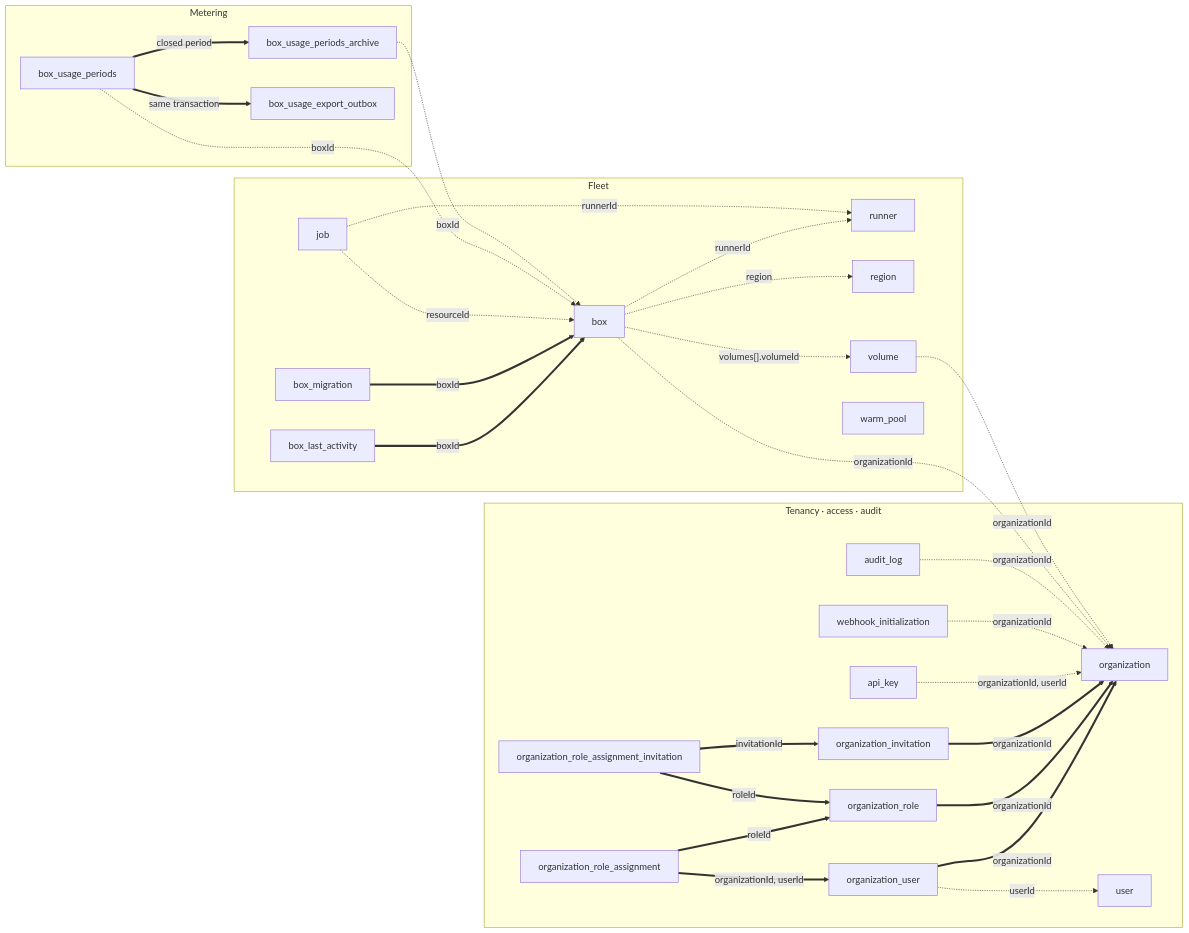
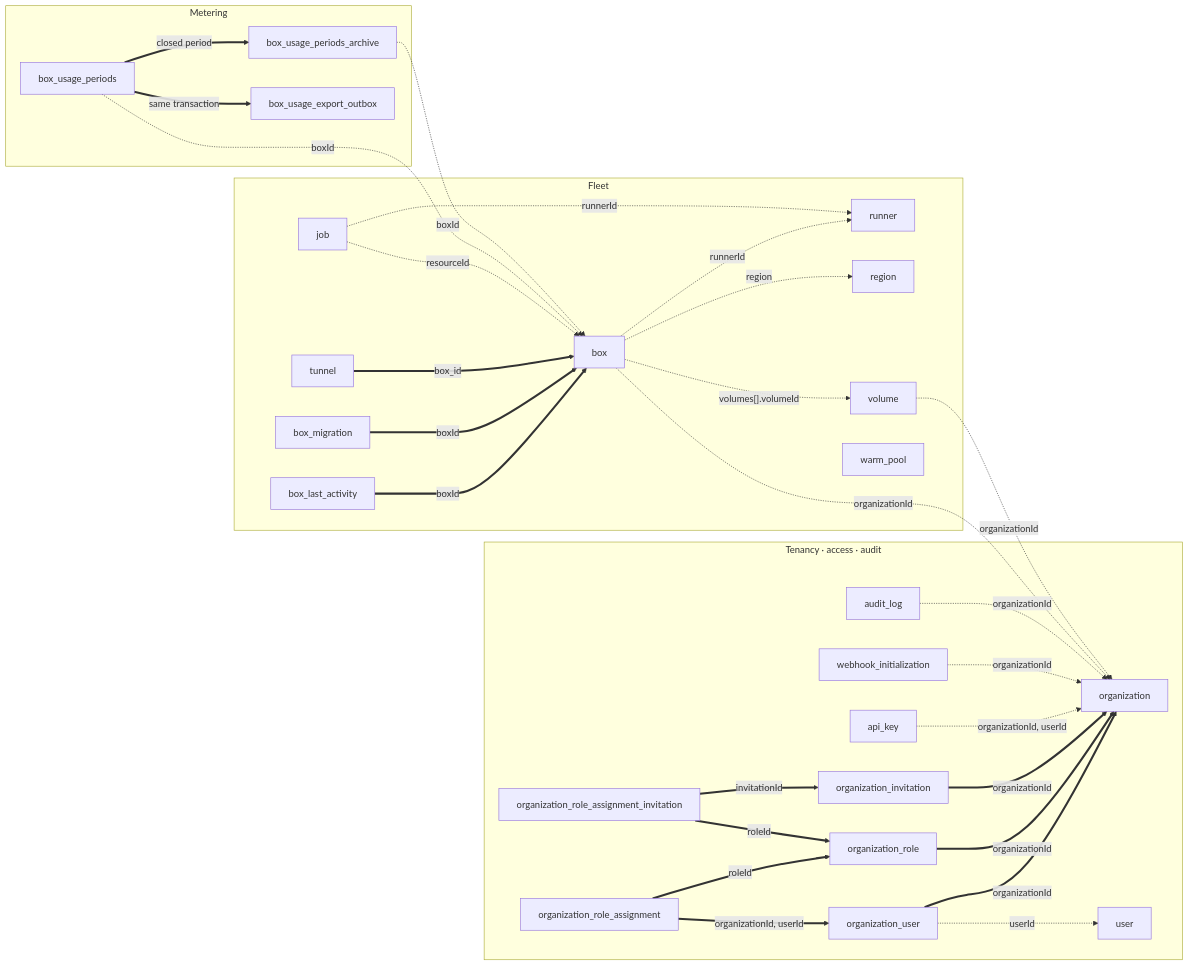
The diagram in apps/SCHEMA.md (boxlite-ai/boxlite), drawn with Mermaid before and after one commit. The commit also changed other lines of this file and 10 other files, not shown here.

First line of the commit message:
feat(api): persist public tunnel access by box port

````diff
--- a/apps/SCHEMA.md
+++ b/apps/SCHEMA.md
@@ -34,58 +34,60 @@
 ```mermaid
 flowchart LR
     subgraph tenancy["Tenancy · access · audit"]
         t_org["organization"]
         t_orguser["organization_user"]
         t_role["organization_role"]
         t_invite["organization_invitation"]
         t_assign["organization_role_assignment"]
         t_assigninv["organization_role_assignment_invitation"]
         t_user["user"]
         t_apikey["api_key"]
         t_webhook["webhook_initialization"]
         t_audit["audit_log"]
     end
 
     subgraph fleet["Fleet"]
         t_box["box"]
         t_activity["box_last_activity"]
         t_migration["box_migration"]
+        t_tunnel["tunnel"]
         t_runner["runner"]
         t_region["region"]
         t_volume["volume"]
         t_job["job"]
         t_warm["warm_pool"]
     end
 
     subgraph metering["Metering"]
         t_period["box_usage_periods"]
         t_archive["box_usage_periods_archive"]
         t_outbox["box_usage_export_outbox"]
     end
 
     t_orguser ==>|"organizationId"| t_org
     t_role ==>|"organizationId"| t_org
     t_invite ==>|"organizationId"| t_org
     t_assign ==>|"organizationId, userId"| t_orguser
     t_assign ==>|"roleId"| t_role
     t_assigninv ==>|"invitationId"| t_invite
     t_assigninv ==>|"roleId"| t_role
     t_activity ==>|"boxId"| t_box
     t_migration ==>|"boxId"| t_box
+    t_tunnel ==>|"box_id"| t_box
 
     t_orguser -.->|"userId"| t_user
     t_apikey -.->|"organizationId, userId"| t_org
     t_webhook -.->|"organizationId"| t_org
     t_audit -.->|"organizationId"| t_org
     t_box -.->|"organizationId"| t_org
     t_box -.->|"region"| t_region
     t_box -.->|"runnerId"| t_runner
     t_box -.->|"volumes[].volumeId"| t_volume
     t_volume -.->|"organizationId"| t_org
     t_job -.->|"resourceId"| t_box
     t_job -.->|"runnerId"| t_runner
     t_period -.->|"boxId"| t_box
     t_archive -.->|"boxId"| t_box
     t_period ==>|"closed period"| t_archive
     t_period ==>|"same transaction"| t_outbox
 ```
````
